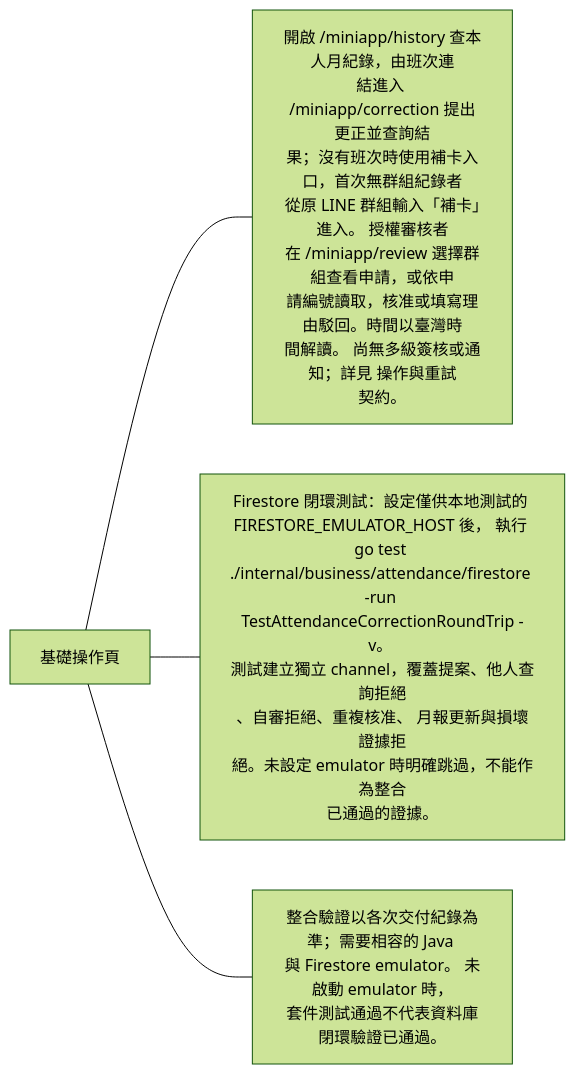
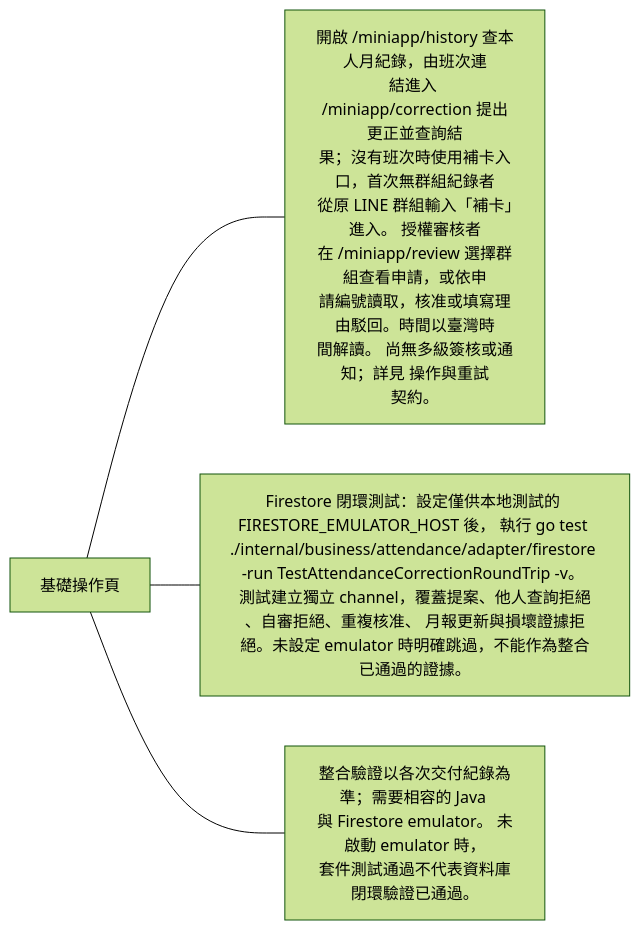
Before and after one commit to 963sup/line-mini-app-bot: diagram 11 of 15 in docs/domains/attendance/worktime.md, drawn with Mermaid (forest theme). The commit also changed other lines of this file and 179 other files, not shown here.

````diff
--- a/docs/domains/attendance/worktime.md
+++ b/docs/domains/attendance/worktime.md
@@ -116,8 +116,8 @@
 ```mermaid
 flowchart LR
   h["基礎操作頁"]
   h --- n0["開啟 /miniapp/history 查本人月紀錄，由班次連<br/>結進入 /miniapp/correction 提出更正並查詢結<br/>果；沒有班次時使用補卡入口，首次無群組紀錄者<br/>從原 LINE 群組輸入「補卡」進入。 授權審核者<br/>在 /miniapp/review 選擇群組查看申請，或依申<br/>請編號讀取，核准或填寫理由駁回。時間以臺灣時<br/>間解讀。 尚無多級簽核或通知；詳見 操作與重試<br/>契約。"]
   click n0 "queries.md"
-  h --- n1["Firestore 閉環測試：設定僅供本地測試的 <br/>FIRESTORE_EMULATOR_HOST 後， 執行 go test <br/>./internal/business/attendance/firestore <br/>-run TestAttendanceCorrectionRoundTrip -v。 <br/>測試建立獨立 channel，覆蓋提案、他人查詢拒絕<br/>、自審拒絕、重複核准、 月報更新與損壞證據拒<br/>絕。未設定 emulator 時明確跳過，不能作為整合<br/>已通過的證據。"]
+  h --- n1["Firestore 閉環測試：設定僅供本地測試的 <br/>FIRESTORE_EMULATOR_HOST 後， 執行 go test <br/>./internal/business/attendance/adapter/firestore <br/>-run TestAttendanceCorrectionRoundTrip -v。 <br/>測試建立獨立 channel，覆蓋提案、他人查詢拒絕<br/>、自審拒絕、重複核准、 月報更新與損壞證據拒<br/>絕。未設定 emulator 時明確跳過，不能作為整合<br/>已通過的證據。"]
   h --- n2["整合驗證以各次交付紀錄為準；需要相容的 Java <br/>與 Firestore emulator。 未啟動 emulator 時，<br/>套件測試通過不代表資料庫閉環驗證已通過。"]
 ```
````
